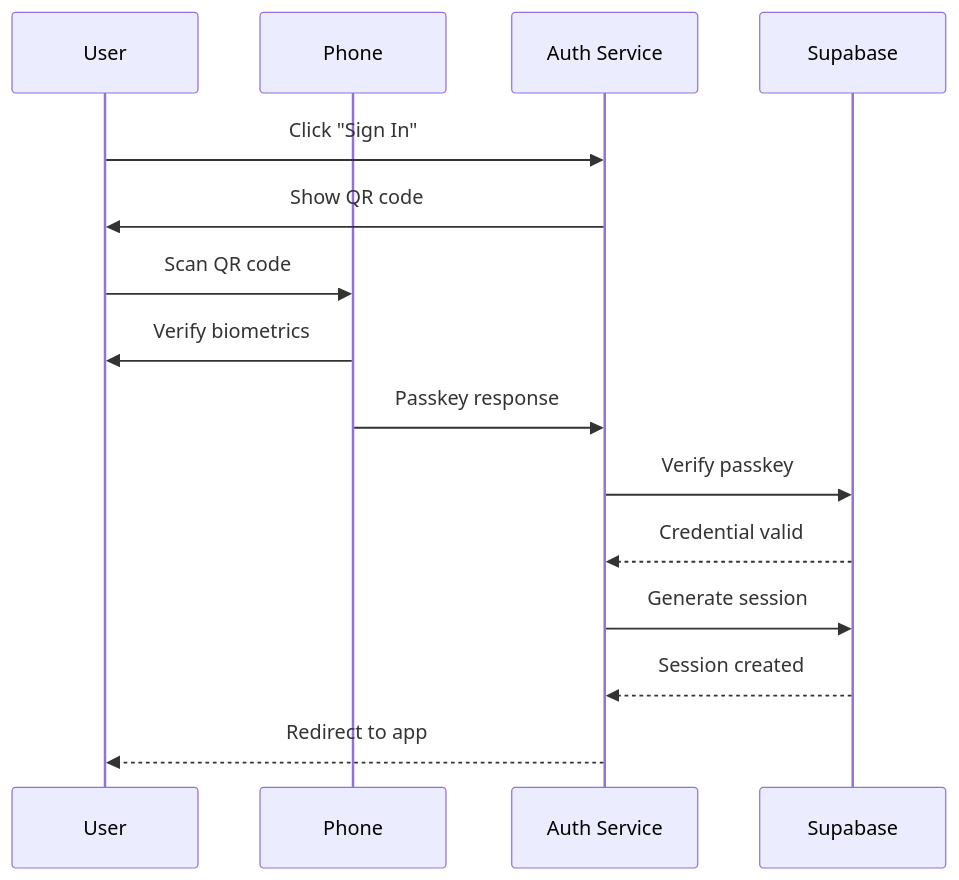
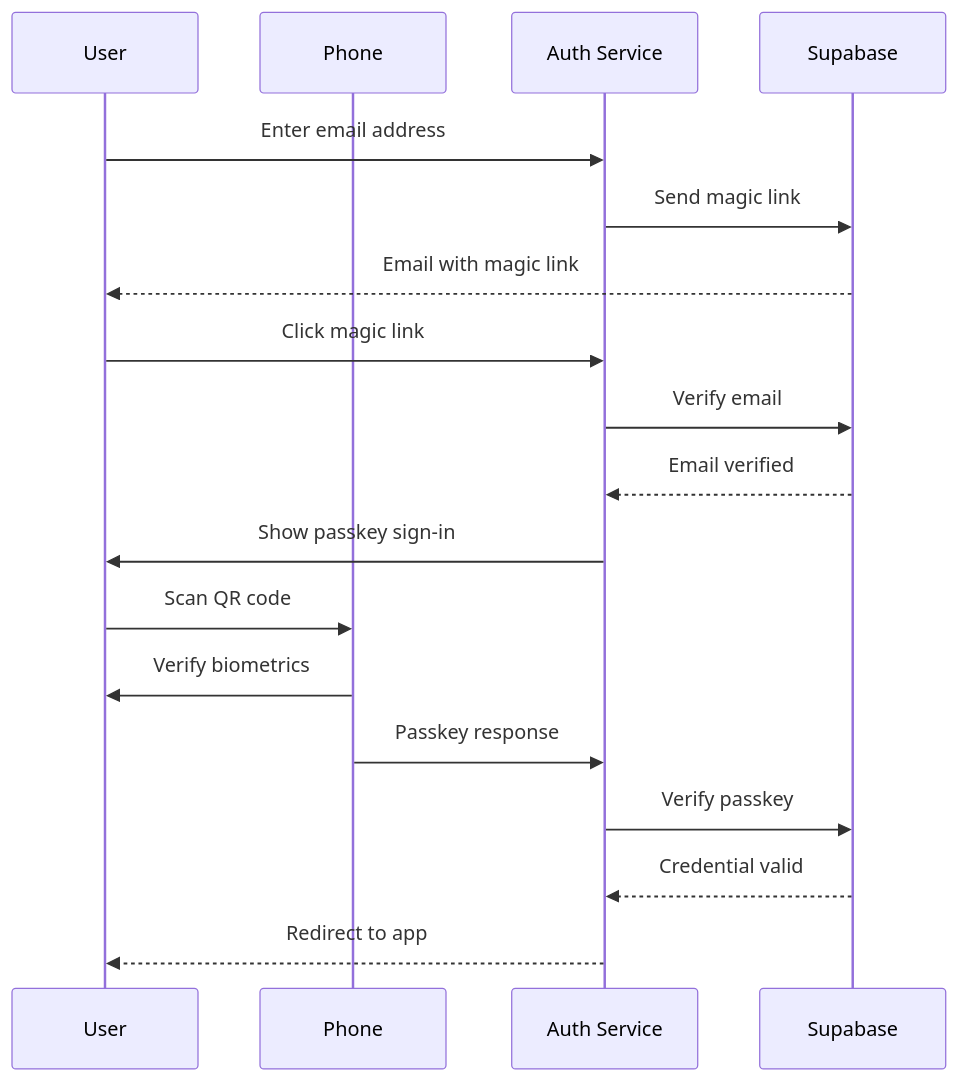
Before and after one commit to CasparRubin/helvety-auth: the second of 2 diagrams in README.md, drawn with Mermaid. The commit also changed other lines of this file and 53 other files, not shown here.

````diff
--- a/README.md
+++ b/README.md
@@ -56,18 +61,21 @@
 ```mermaid
 sequenceDiagram
     participant U as User
     participant P as Phone
     participant A as Auth Service
     participant S as Supabase
 
-    U->>A: Click "Sign In"
-    A->>U: Show QR code
+    U->>A: Enter email address
+    A->>S: Send magic link
+    S-->>U: Email with magic link
+    U->>A: Click magic link
+    A->>S: Verify email
+    S-->>A: Email verified
+    A->>U: Show passkey sign-in
     U->>P: Scan QR code
     P->>U: Verify biometrics
     P->>A: Passkey response
     A->>S: Verify passkey
     S-->>A: Credential valid
-    A->>S: Generate session
-    S-->>A: Session created
     A-->>U: Redirect to app
 ```
````
